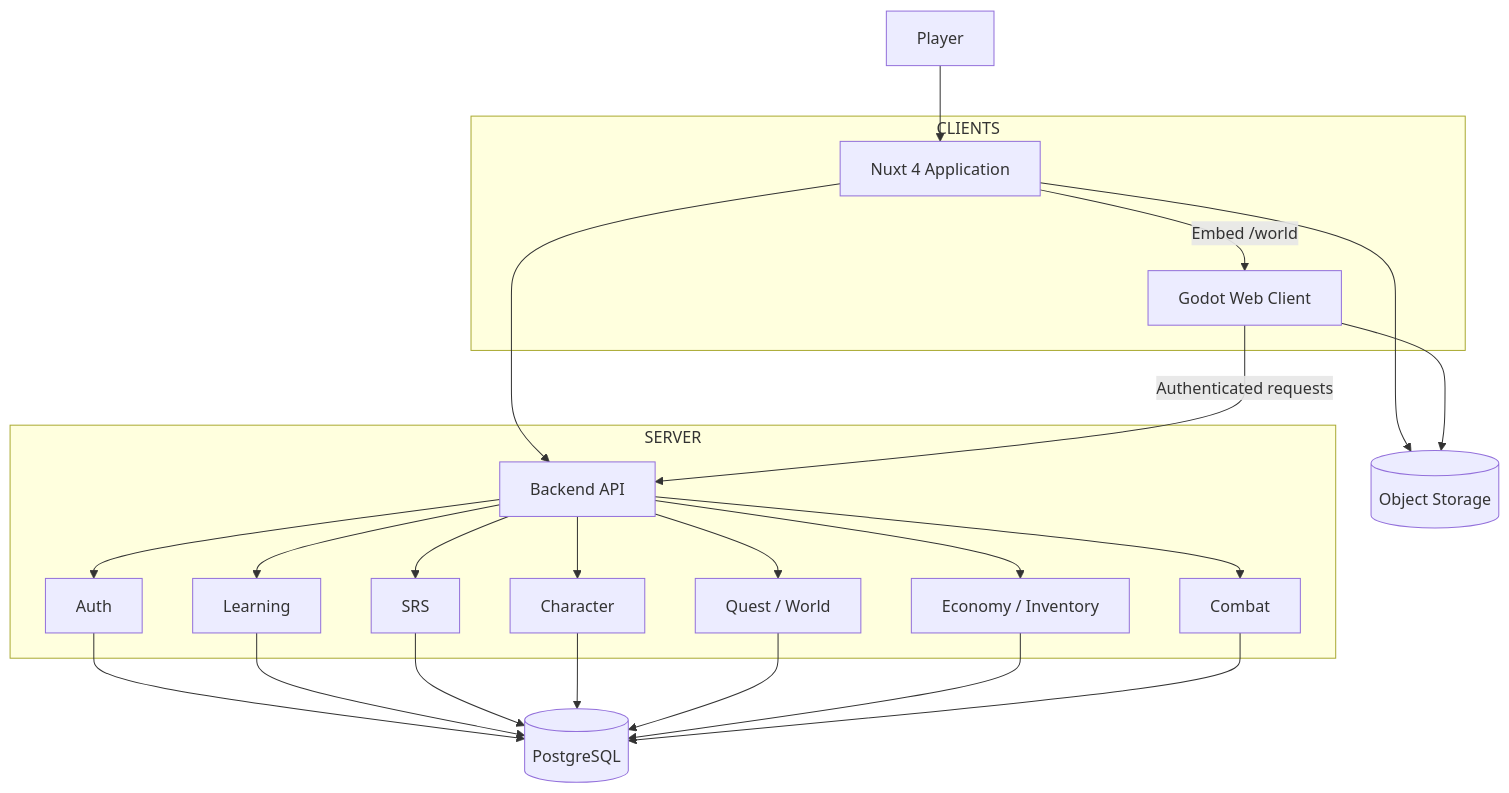
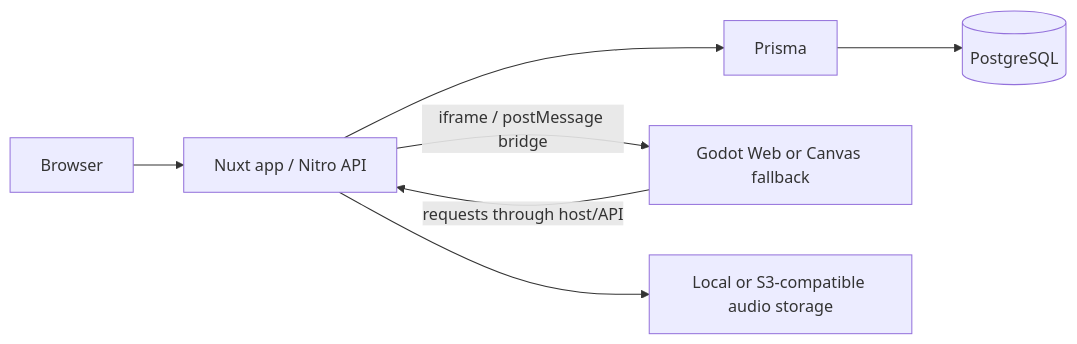
One commit to dvTinh99/china-luan_xa changed the diagram in docs/ARCHITECTURE.md. Above: the diagram before and after it, drawn with Mermaid. The commit also changed other lines of this file and 12 other files, not shown here.

````diff
--- a/docs/ARCHITECTURE.md
+++ b/docs/ARCHITECTURE.md
@@ -62,40 +28,9 @@
 ```mermaid
-flowchart TB
-  PLAYER[Player]
-  subgraph CLIENTS
-    WEB[Nuxt 4 Application]
-    GAME[Godot Web Client]
-    WEB -->|Embed /world| GAME
-  end
-  subgraph SERVER
-    API[Backend API]
-    AUTH[Auth]
-    LEARN[Learning]
-    SRS[SRS]
-    CHAR[Character]
-    QUEST[Quest / World]
-    ECON[Economy / Inventory]
-    COMBAT[Combat]
-  end
-  DB[(PostgreSQL)]
-  OBJECTS[(Object Storage)]
-  PLAYER --> WEB
-  WEB --> API
-  GAME -->|Authenticated requests| API
-  API --> AUTH
-  API --> LEARN
-  API --> SRS
-  API --> CHAR
-  API --> QUEST
-  API --> ECON
-  API --> COMBAT
-  AUTH --> DB
-  LEARN --> DB
-  SRS --> DB
-  CHAR --> DB
-  QUEST --> DB
-  ECON --> DB
-  COMBAT --> DB
-  WEB --> OBJECTS
-  GAME --> OBJECTS
+flowchart LR
+  Browser[Browser] --> Nuxt[Nuxt app / Nitro API]
+  Nuxt --> Prisma[Prisma]
+  Prisma --> DB[(PostgreSQL)]
+  Nuxt -->|iframe / postMessage bridge| Game[Godot Web or Canvas fallback]
+  Game -->|requests through host/API| Nuxt
+  Nuxt --> Storage[Local or S3-compatible audio storage]
 ```
````
